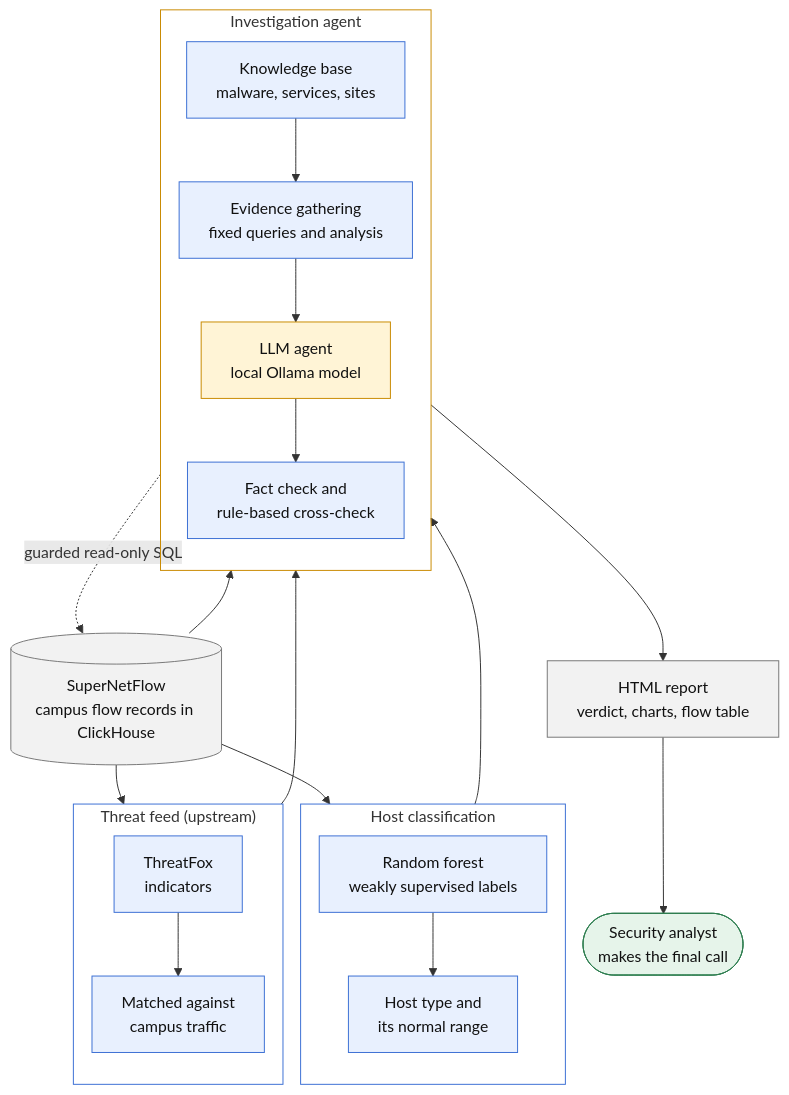
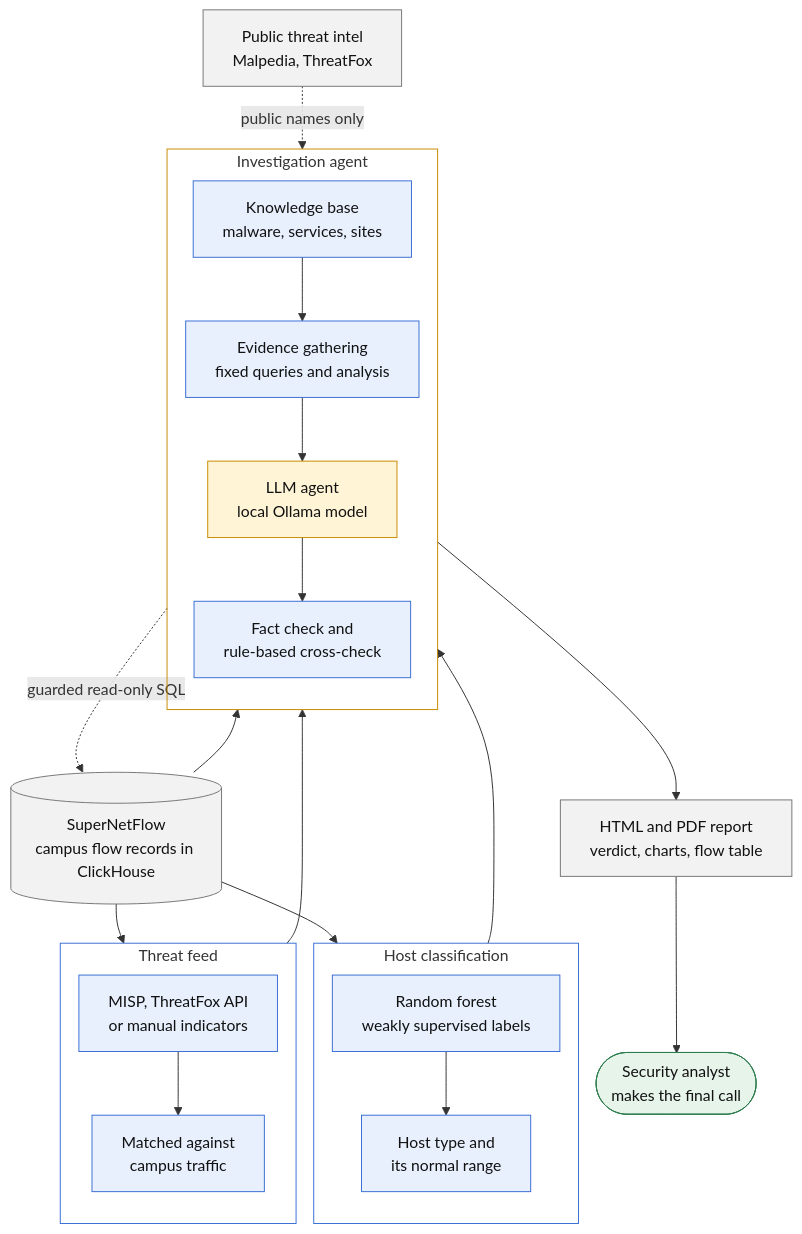
The second of 2 diagrams in README.md (Benji-code/automated-ioc-investigator), drawn with Mermaid before and after one commit. The commit also changed other lines of this file and 55 other files, not shown here.

Commit message:
Improved report structure and added pdf option

````diff
--- a/README.md
+++ b/README.md
@@ -111,43 +117,46 @@
 ```mermaid
 %%{init: {"flowchart": {"nodeSpacing": 18, "rankSpacing": 40}}}%%
 flowchart TB
     db[("SuperNetFlow<br/>campus flow records in ClickHouse")]
 
     subgraph hc["Host classification"]
         direction TB
         rf["Random forest<br/>weakly supervised labels"] --> prof["Host type and<br/>its normal range"]
     end
 
-    subgraph feed["Threat feed (upstream)"]
+    subgraph feed["Threat feed"]
         direction TB
-        tf["ThreatFox<br/>indicators"] --> match["Matched against<br/>campus traffic"]
+        tf["MISP, ThreatFox API<br/>or manual indicators"] --> match["Matched against<br/>campus traffic"]
     end
+
+    pub["Public threat intel<br/>Malpedia, ThreatFox"]
 
     subgraph core["Investigation agent"]
         direction TB
         kb["Knowledge base<br/>malware, services, sites"] --> ev["Evidence gathering<br/>fixed queries and analysis"]
         ev --> llm["LLM agent<br/>local Ollama model"]
         llm --> fc["Fact check and<br/>rule-based cross-check"]
     end
 
     db --> hc
     db --> feed
     db --> ev
     llm -. "guarded read-only SQL" .-> db
     prof --> ev
     match --> ev
-    fc --> rep["HTML report<br/>verdict, charts, flow table"]
+    pub -. "public names only" .-> ev
+    fc --> rep["HTML and PDF report<br/>verdict, charts, flow table"]
     rep --> analyst(["Security analyst<br/>makes the final call"])
 
     classDef code fill:#e8f0fe,stroke:#3b6fd4,color:#111
     classDef model fill:#fff4d6,stroke:#c98a00,color:#111
     classDef data fill:#f2f2f2,stroke:#777,color:#111
     classDef good fill:#e6f4ea,stroke:#2e7d4f,color:#111
     class rf,prof,kb,ev,fc,tf,match code
     class llm model
-    class db,rep data
+    class db,rep,pub data
     class analyst good
     style hc fill:none,stroke:#3b6fd4
     style feed fill:none,stroke:#3b6fd4
     style core fill:none,stroke:#c98a00
 ```
````
